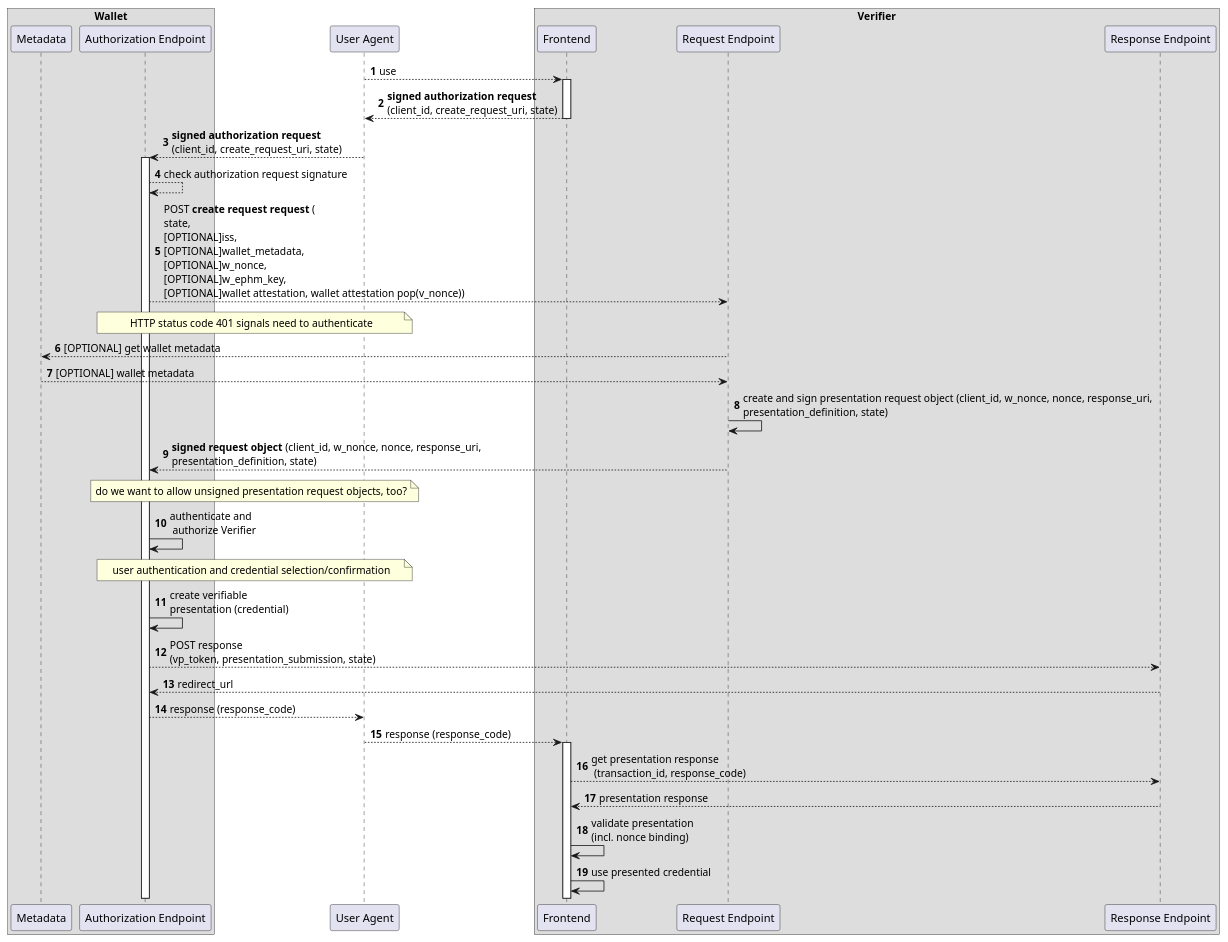
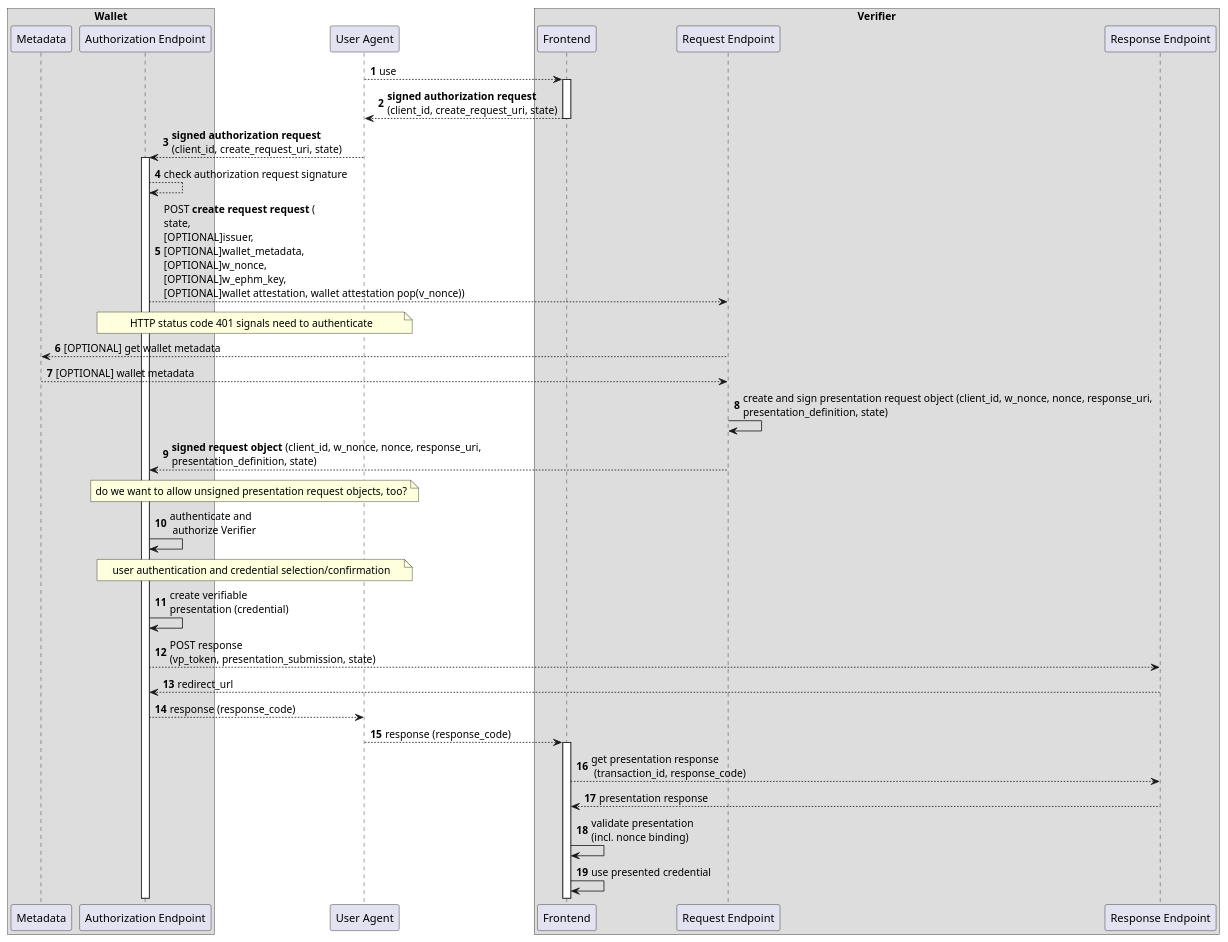
The diagram in diagrams/create_request_uri.md (openid/OpenID4VP), drawn with PlantUML before and after one commit.

````diff
--- a/diagrams/create_request_uri.md
+++ b/diagrams/create_request_uri.md
@@ -1,49 +1,49 @@
 ```plantuml
 @startuml
 
 autonumber
 
 box "Wallet"
 participant "Metadata" as wm
 participant "Authorization Endpoint" as w
 end box
 
 participant "User Agent" as u
 
 box "Verifier"
 participant "Frontend" as r
 participant "Request Endpoint" as rp
 participant "Response Endpoint" as rb
 end box
 
 u --> r : use
 activate r
 
 r --> u: **signed authorization request**\n(client_id, create_request_uri, state)
 deactivate r
 u --> w: **signed authorization request**\n(client_id, create_request_uri, state)
 activate w
 w --> w: check authorization request signature
-w --> rp: POST **create request request** (\nstate,\n[OPTIONAL]iss, \n[OPTIONAL]wallet_metadata, \n[OPTIONAL]w_nonce, \n[OPTIONAL]w_ephm_key, \n[OPTIONAL]wallet attestation, wallet attestation pop(v_nonce))
+w --> rp: POST **create request request** (\nstate,\n[OPTIONAL]issuer, \n[OPTIONAL]wallet_metadata, \n[OPTIONAL]w_nonce, \n[OPTIONAL]w_ephm_key, \n[OPTIONAL]wallet attestation, wallet attestation pop(v_nonce))
 note over u, w: HTTP status code 401 signals need to authenticate
 rp --> wm: [OPTIONAL] get wallet metadata
 wm --> rp: [OPTIONAL] wallet metadata
 rp -> rp: create and sign presentation request object (client_id, w_nonce, nonce, response_uri, \npresentation_definition, state)
 rp --> w: **signed request object** (client_id, w_nonce, nonce, response_uri, \npresentation_definition, state)
 note over u, w: do we want to allow unsigned presentation request objects, too?
 w -> w: authenticate and\n authorize Verifier
 
 note over u, w: user authentication and credential selection/confirmation
 
 w -> w: create verifiable\npresentation (credential)
 w --> rb: POST response \n(vp_token, presentation_submission, state)
 rb --> w: redirect_url
 w --> u: response (response_code)
 u --> r: response (response_code)
 activate r
 r --> rb: get presentation response\n (transaction_id, response_code)
 rb --> r: presentation response
 r -> r: validate presentation \n(incl. nonce binding)
 r -> r: use presented credential 
 @enduml
 ```
````
